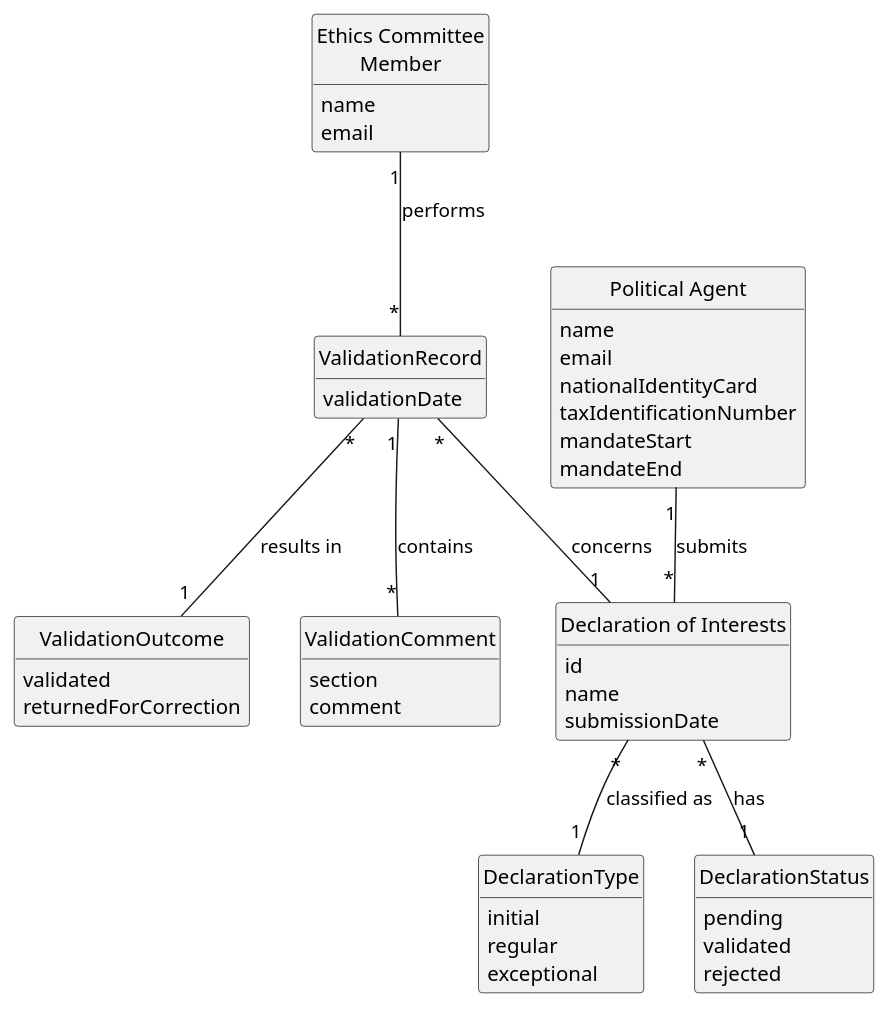
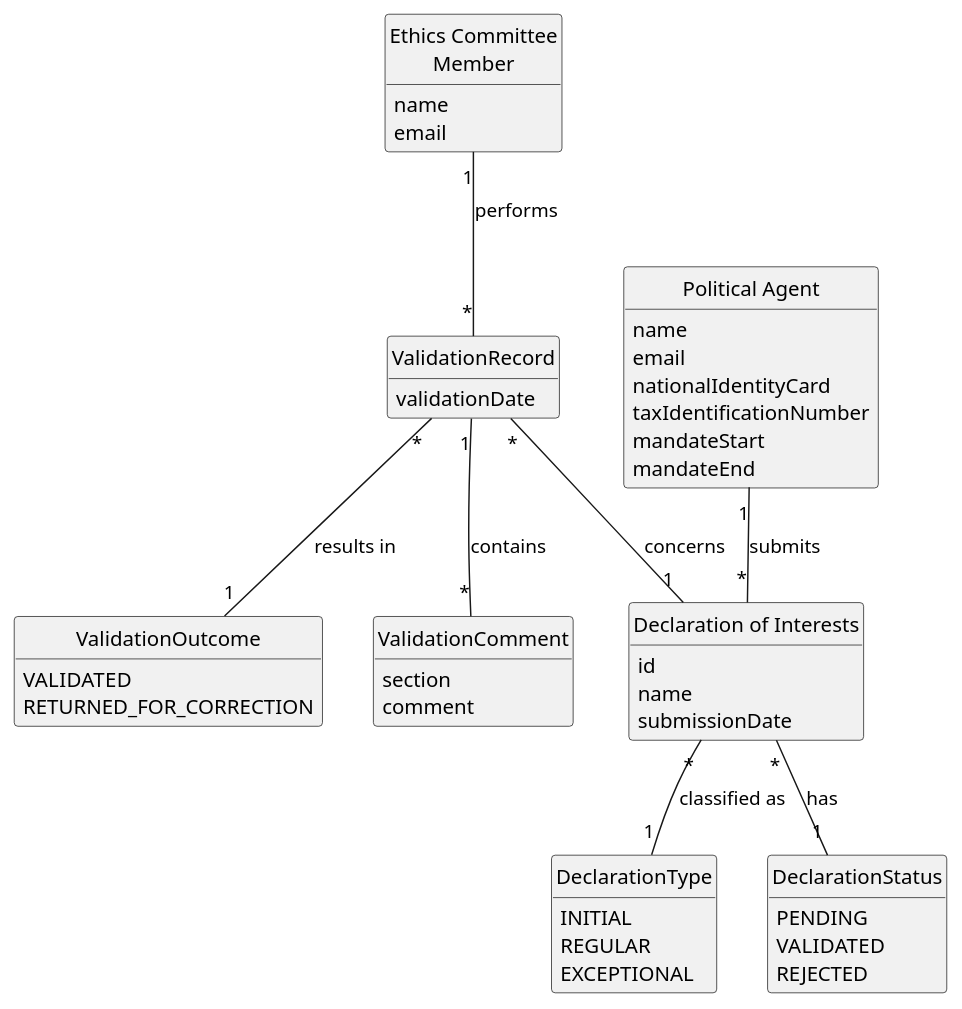
One commit to brunodspinto/crystal-clear-platform changed the diagram in docs/system-documentation/US08/02.analysis/puml/US08-DM.puml. Above: the diagram before and after it, drawn with PlantUML. The commit also changed 18 other files, not shown here.

```diff
--- a/docs/system-documentation/US08/02.analysis/puml/US08-DM.puml
+++ b/docs/system-documentation/US08/02.analysis/puml/US08-DM.puml
@@ -1,67 +1,67 @@
 @startuml US08-DM
 skinparam monochrome true
 skinparam packageStyle rectangle
 skinparam shadowing false
 skinparam classAttributeIconSize 0
 
 hide circle
 hide methods
 
 class "Ethics Committee\nMember" as EthicsCommitteeMember {
     name
     email
 }
 
 class "Political Agent" as PoliticalAgent {
     name
     email
     nationalIdentityCard
     taxIdentificationNumber
     mandateStart
     mandateEnd
 }
 
 class "Declaration of Interests" as Declaration {
     id
     name
     submissionDate
 }
 
 enum DeclarationType {
-    initial
-    regular
-    exceptional
+    INITIAL
+    REGULAR
+    EXCEPTIONAL
 }
 
 enum DeclarationStatus {
-    pending
-    validated
-    rejected
+    PENDING
+    VALIDATED
+    REJECTED
 }
 
 class ValidationRecord {
     validationDate
 }
 
 enum ValidationOutcome {
-    validated
-    returnedForCorrection
+    VALIDATED
+    RETURNED_FOR_CORRECTION
 }
 
 class ValidationComment {
     section
     comment
 }
 
 PoliticalAgent "1" -- "*" Declaration : submits
 
 Declaration "*" -- "1" DeclarationType : classified as
 Declaration "*" -- "1" DeclarationStatus : has
 
 EthicsCommitteeMember "1" -- "*" ValidationRecord : performs
 
 ValidationRecord "*" -- "1" Declaration : concerns
 ValidationRecord "*" -- "1" ValidationOutcome : results in
 ValidationRecord "1" -- "*" ValidationComment : contains
 
 @enduml
```
